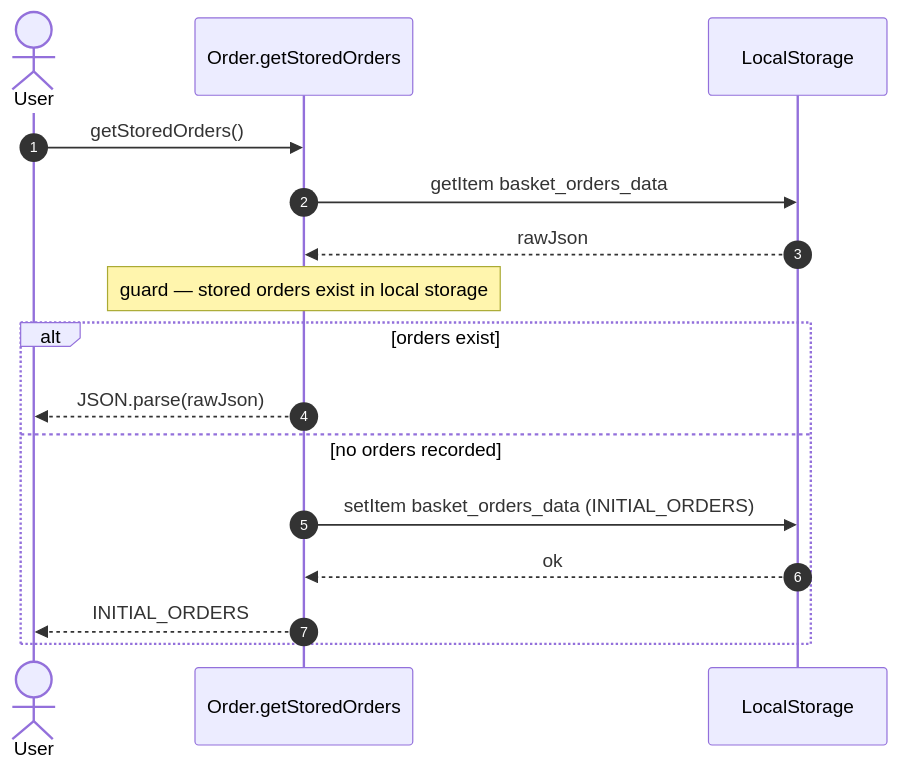
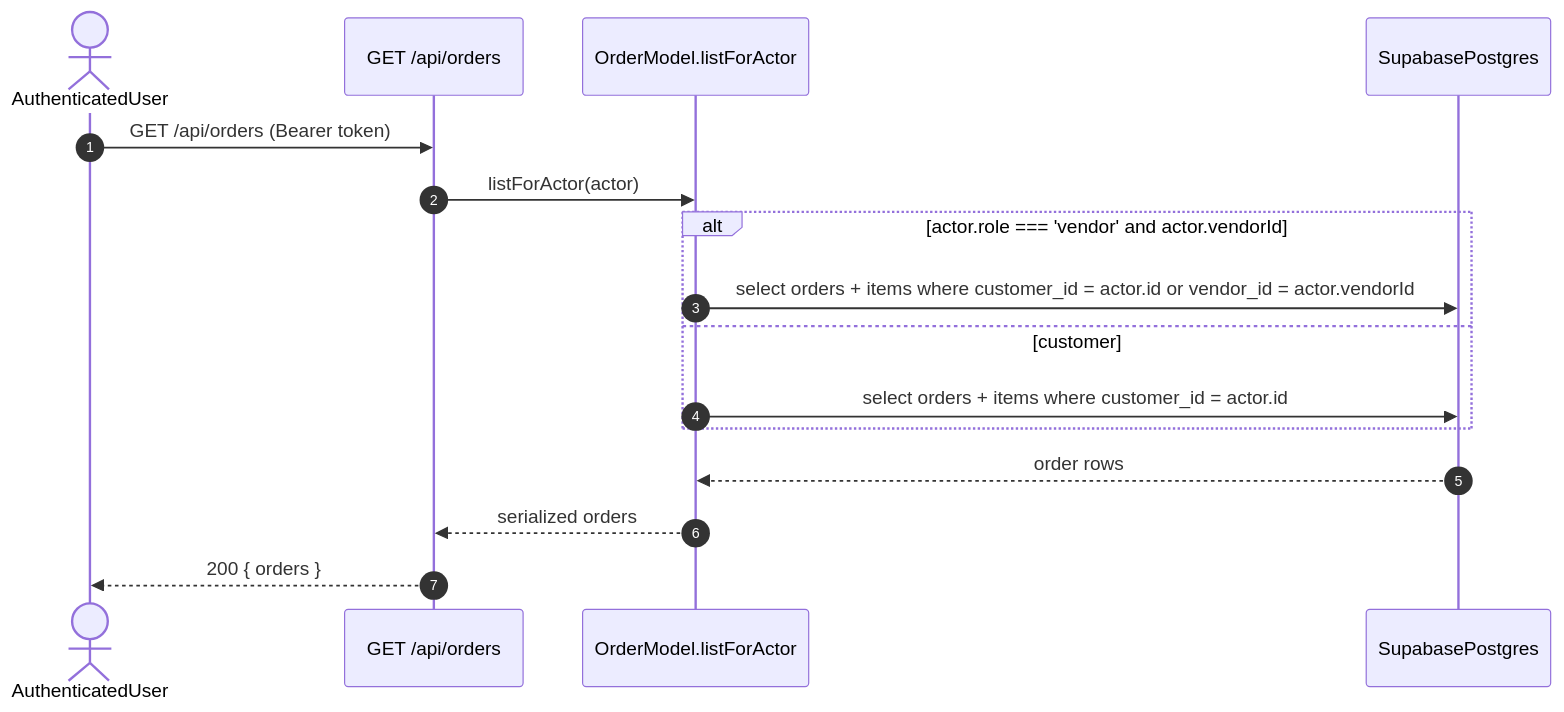
The eighth of 13 diagrams in docs/SPECIFICATION.MD (nroc6/CP317B-Project-Group1), drawn with Mermaid before and after one commit. The commit also changed other lines of this file and 28 other files, not shown here.

````diff
--- a/docs/SPECIFICATION.MD
+++ b/docs/SPECIFICATION.MD
@@ -362,19 +327,19 @@
 ```mermaid
 sequenceDiagram
     autonumber
-    actor U as User
-    participant Order.getStoredOrders
-    participant DB as LocalStorage
+    actor U as AuthenticatedUser
+    participant API as GET /api/orders
+    participant M as OrderModel.listForActor
+    participant DB as SupabasePostgres
 
-    U->>Order.getStoredOrders: getStoredOrders()
-    Order.getStoredOrders->>DB: getItem basket_orders_data
-    DB-->>Order.getStoredOrders: rawJson
-    Note over Order.getStoredOrders: guard — stored orders exist in local storage
-    alt orders exist
-        Order.getStoredOrders-->>U: JSON.parse(rawJson)
-    else no orders recorded
-        Order.getStoredOrders->>DB: setItem basket_orders_data (INITIAL_ORDERS)
-        DB-->>Order.getStoredOrders: ok
-        Order.getStoredOrders-->>U: INITIAL_ORDERS
+    U->>API: GET /api/orders (Bearer token)
+    API->>M: listForActor(actor)
+    alt actor.role === 'vendor' and actor.vendorId
+        M->>DB: select orders + items where customer_id = actor.id or vendor_id = actor.vendorId
+    else customer
+        M->>DB: select orders + items where customer_id = actor.id
     end
+    DB-->>M: order rows
+    M-->>API: serialized orders
+    API-->>U: 200 { orders }
 ```
````
